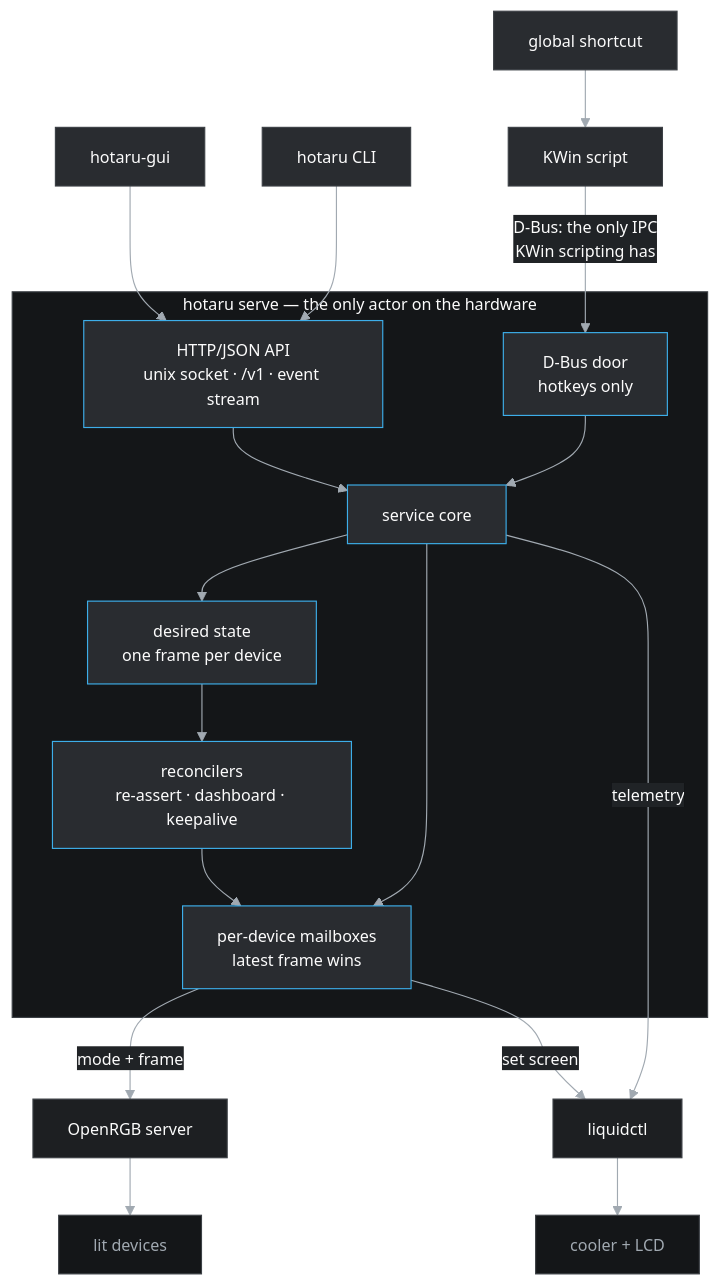
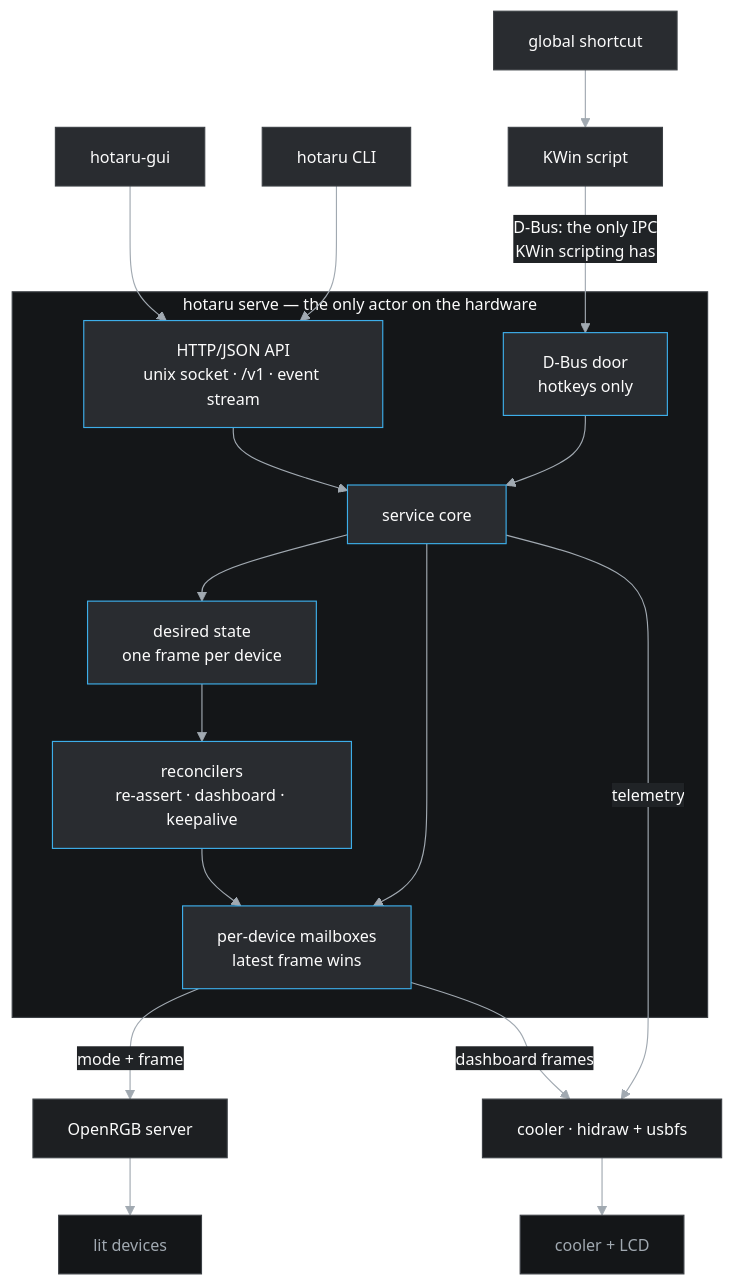
One commit to ushineko/hotaru changed the diagram in README.md. Above: the diagram before and after it, drawn with Mermaid. The commit also changed other lines of this file and 20 other files, not shown here.

First line of the commit message:
feat(screen): draw the dashboard on the cooler's panel (spec 013)

````diff
--- a/README.md
+++ b/README.md
@@ -46,42 +46,42 @@
 ```mermaid
 %%{init: {"theme":"base","themeVariables":{
   "background":"#202326",
   "primaryColor":"#292c30","primaryTextColor":"#fcfcfc","primaryBorderColor":"#3c4045",
   "secondaryColor":"#1d1f22","tertiaryColor":"#141618",
   "lineColor":"#a1a9b1","textColor":"#fcfcfc","titleColor":"#fcfcfc",
   "clusterBkg":"#141618","clusterBorder":"#3c4045",
   "edgeLabelBackground":"#202326","nodeTextColor":"#fcfcfc",
   "fontFamily":"Noto Sans, Segoe UI, sans-serif","fontSize":"14px"
 }}}%%
 flowchart TB
     KEY["global shortcut"] --> KWIN["KWin script"]
     GUI["hotaru-gui"] --> API
     CLI["hotaru CLI"] --> API
     KWIN -->|"D-Bus: the only IPC<br/>KWin scripting has"| DOOR
 
     subgraph svc["hotaru serve — the only actor on the hardware"]
         API["HTTP/JSON API<br/>unix socket · /v1 · event stream"]
         DOOR["D-Bus door<br/>hotkeys only"]
         CORE["service core"]
         STATE["desired state<br/>one frame per device"]
         RECON["reconcilers<br/>re-assert · dashboard · keepalive"]
         MBOX["per-device mailboxes<br/>latest frame wins"]
     end
 
     API --> CORE
     DOOR --> CORE
     CORE --> STATE --> RECON --> MBOX
     CORE --> MBOX
     MBOX -->|"mode + frame"| ORGB["OpenRGB server"]
-    MBOX -->|"set screen"| LQC["liquidctl"]
-    CORE -->|"telemetry"| LQC
+    MBOX -->|"dashboard frames"| HID["cooler · hidraw + usbfs"]
+    CORE -->|"telemetry"| HID
     ORGB --> LIT["lit devices"]
-    LQC --> COOL["cooler + LCD"]
+    HID --> COOL["cooler + LCD"]
 
     classDef s fill:#292c30,stroke:#3daee9,color:#fcfcfc
     classDef b fill:#1d1f22,stroke:#3c4045,color:#fcfcfc
     classDef h fill:#141618,stroke:#3c4045,color:#a1a9b1
     class API,DOOR,CORE,STATE,RECON,MBOX s
-    class ORGB,LQC b
+    class ORGB,HID b
     class LIT,COOL h
 ```
````
